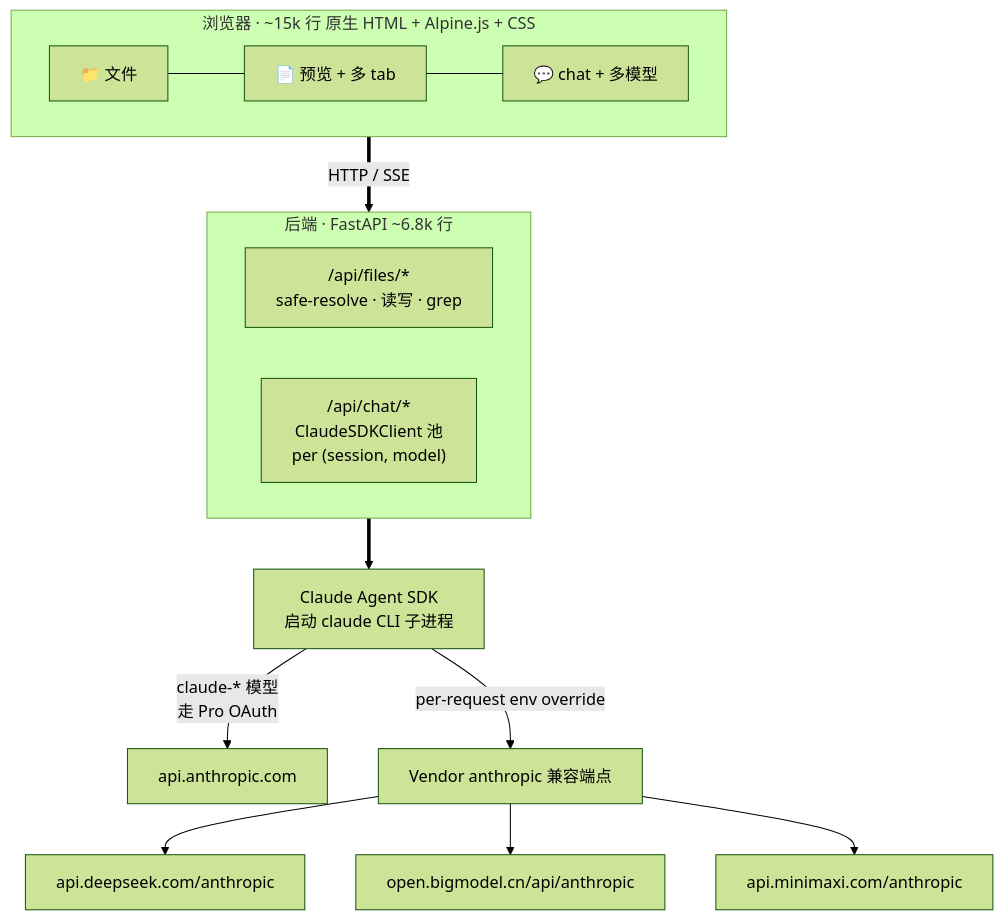
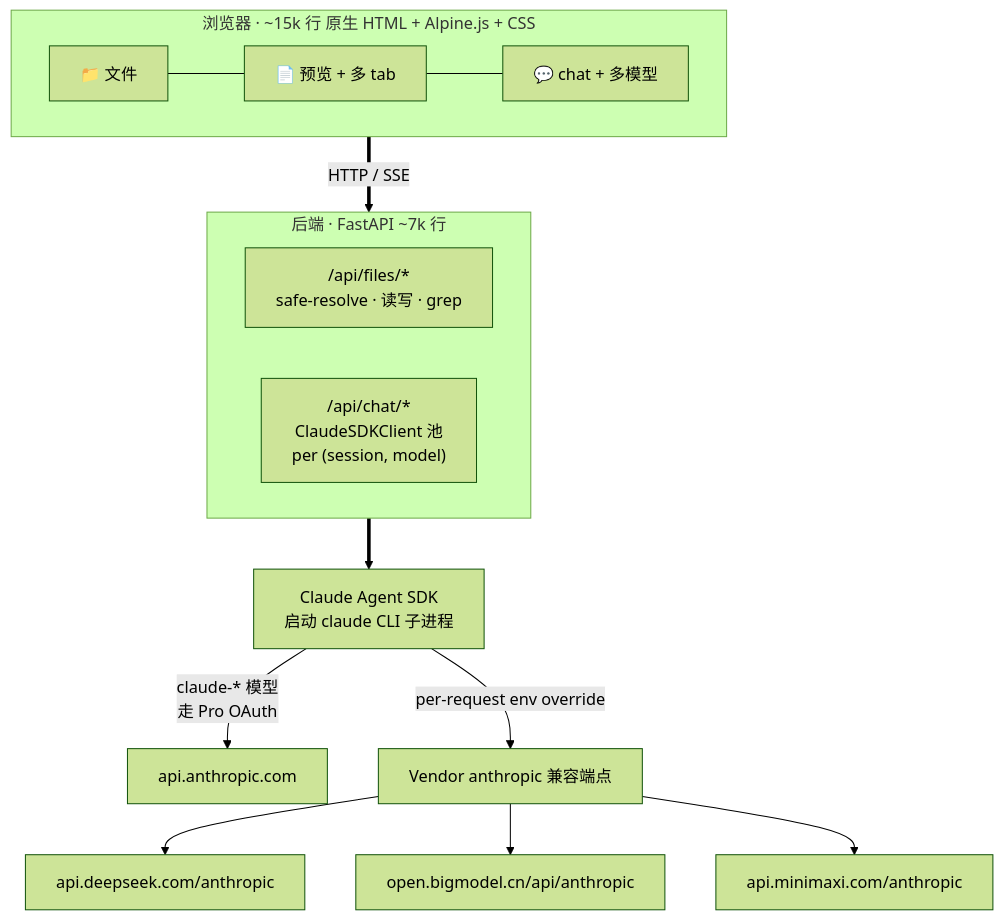
Before and after one commit to hesorchen/muselab: the diagram in docs/architecture_zh.md, drawn with Mermaid (forest theme). The commit also changed 1 other file, not shown here.

Commit message:
docs(architecture): bump backend LOC label 6.8k → 7k
Backend Python now totals 7159 lines (was 6.8k when the diagram was
drawn). Mermaid label was off by enough to look stale; rounded up to
~7k to match the current code without committing to the exact number.

````diff
--- a/docs/architecture_zh.md
+++ b/docs/architecture_zh.md
@@ -5,17 +5,17 @@
 ```mermaid
 flowchart TB
   subgraph Browser["浏览器 · ~15k 行 原生 HTML + Alpine.js + CSS"]
     F[📁 文件] --- P[📄 预览 + 多 tab] --- C[💬 chat + 多模型]
   end
   Browser ==>|HTTP / SSE| BE
-  subgraph BE["后端 · FastAPI ~6.8k 行"]
+  subgraph BE["后端 · FastAPI ~7k 行"]
     A["/api/files/*<br/>safe-resolve · 读写 · grep"]
     B["/api/chat/*<br/>ClaudeSDKClient 池<br/>per (session, model)"]
   end
   BE ==> SDK[Claude Agent SDK<br/>启动 claude CLI 子进程]
   SDK -->|claude-* 模型<br/>走 Pro OAuth| AN[api.anthropic.com]
   SDK -->|per-request env override| V[Vendor anthropic 兼容端点]
   V --> DS[api.deepseek.com/anthropic]
   V --> GL[open.bigmodel.cn/api/anthropic]
   V --> MM[api.minimaxi.com/anthropic]
 ```
````
